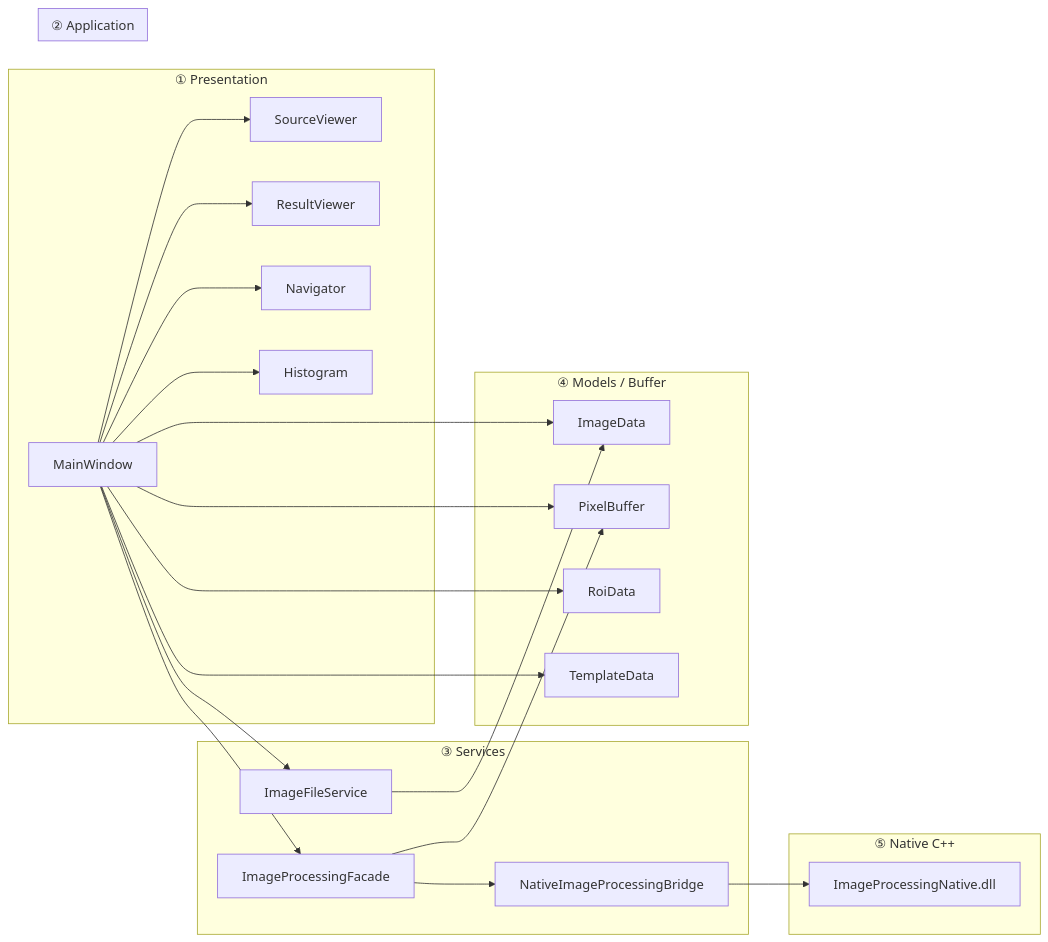
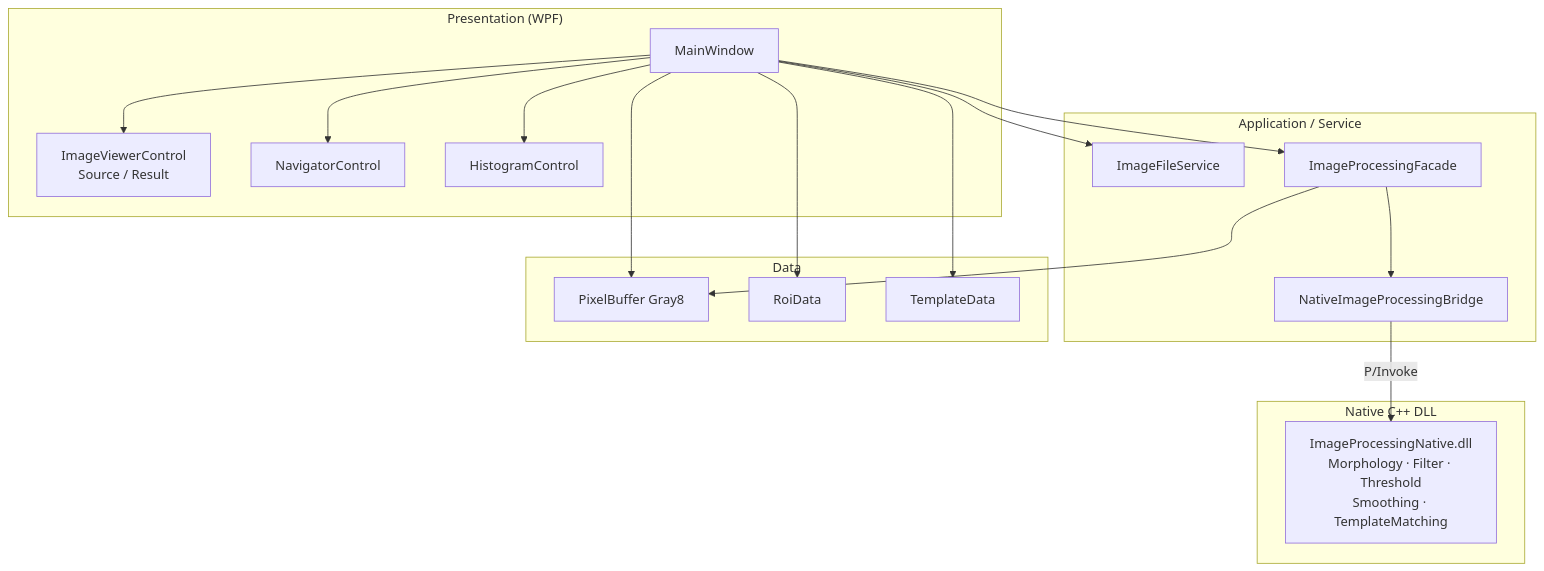
One commit to wookoonngg/ImageProcess changed the first of 3 diagrams in Docs/ClassDiagram.md. Above: the diagram before and after it, drawn with Mermaid. The commit also changed other lines of this file and 15 other files, not shown here.

````diff
--- a/Docs/ClassDiagram.md
+++ b/Docs/ClassDiagram.md
@@ -12,40 +12,33 @@
 ```mermaid
-flowchart LR
-    subgraph UI["① Presentation"]
+flowchart TB
+    subgraph UI["Presentation (WPF)"]
         MW[MainWindow]
-        V1[SourceViewer]
-        V2[ResultViewer]
-        NAV[Navigator]
-        HIST[Histogram]
+        V[ImageViewerControl<br/>Source / Result]
+        N[NavigatorControl]
+        H[HistogramControl]
     end
 
-    subgraph APP["② Application"]
-        MW
-    end
-
-    subgraph SVC["③ Services"]
-        IFS[ImageFileService]
+    subgraph SVC["Application / Service"]
+        FS[ImageFileService]
         FAC[ImageProcessingFacade]
         BR[NativeImageProcessingBridge]
     end
 
-    subgraph DATA["④ Models / Buffer"]
-        ID[ImageData]
-        PB[PixelBuffer]
+    subgraph DATA["Data"]
+        PB[PixelBuffer Gray8]
         ROI[RoiData]
         TPL[TemplateData]
     end
 
-    subgraph NATIVE["⑤ Native C++"]
-        DLL[ImageProcessingNative.dll]
+    subgraph NATIVE["Native C++ DLL"]
+        DLL[ImageProcessingNative.dll<br/>Morphology · Filter · Threshold<br/>Smoothing · TemplateMatching]
     end
 
-    MW --> V1 & V2 & NAV & HIST
-    MW --> IFS
+    MW --> V & N & H
+    MW --> FS
     MW --> FAC
     FAC --> BR
-    BR --> DLL
-    MW --> ID & PB & ROI & TPL
-    IFS --> ID
+    BR -->|P/Invoke| DLL
+    MW --> PB & ROI & TPL
     FAC --> PB
 ```
````
